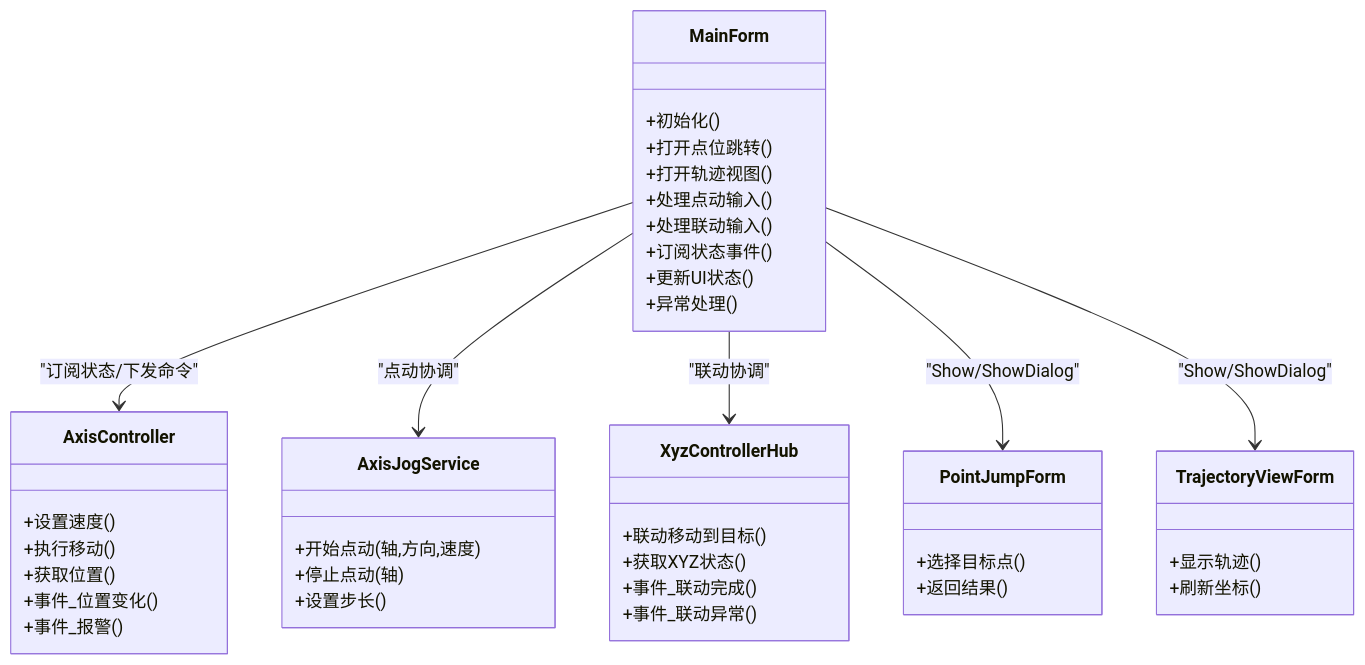
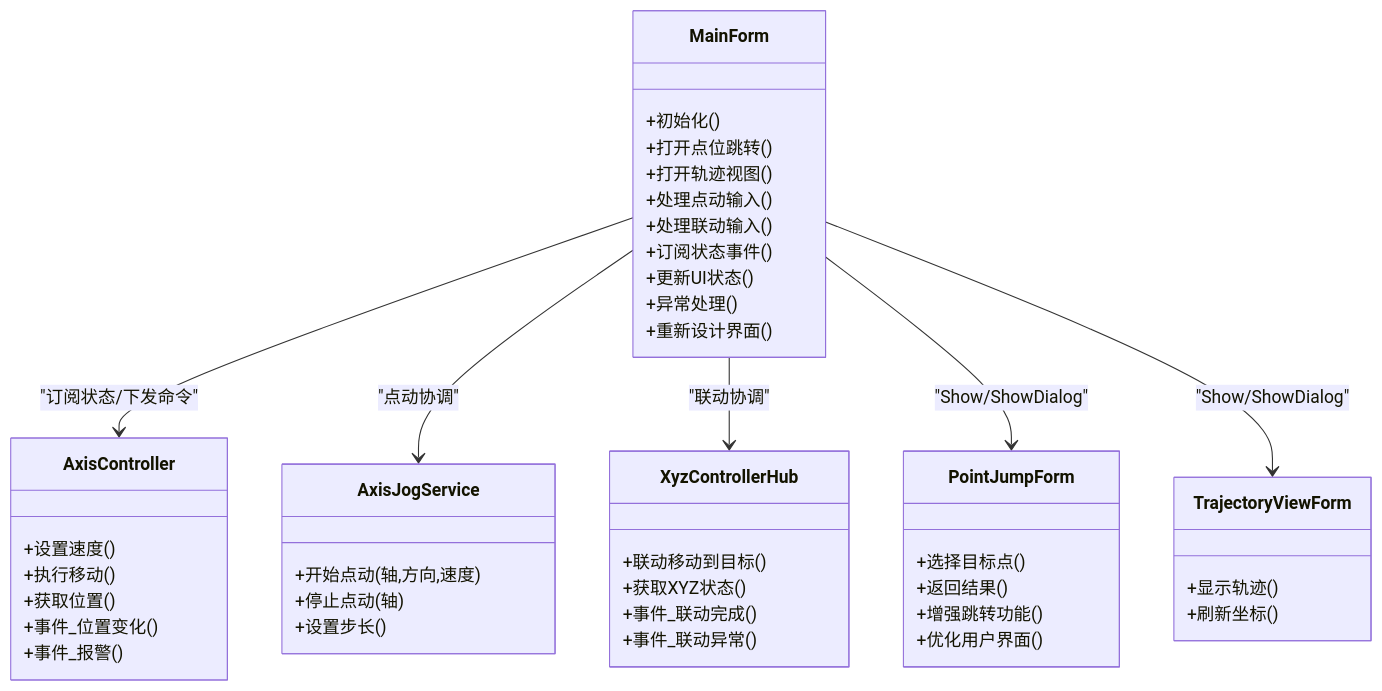
One commit to fuweiq94-cloud/3399180760 changed the third of 5 diagrams in .qoder/repowiki/zh/content/架构设计/主窗体协调器.md. Above: the diagram before and after it, drawn with Mermaid. The commit also changed other lines of this file and 22 other files, not shown here.

````diff
--- a/.qoder/repowiki/zh/content/架构设计/主窗体协调器.md
+++ b/.qoder/repowiki/zh/content/架构设计/主窗体协调器.md
@@ -195,44 +214,47 @@
 ```mermaid
 classDiagram
 class MainForm {
 +初始化()
 +打开点位跳转()
 +打开轨迹视图()
 +处理点动输入()
 +处理联动输入()
 +订阅状态事件()
 +更新UI状态()
 +异常处理()
++重新设计界面()
 }
 class AxisController {
 +设置速度()
 +执行移动()
 +获取位置()
 +事件_位置变化()
 +事件_报警()
 }
 class AxisJogService {
 +开始点动(轴,方向,速度)
 +停止点动(轴)
 +设置步长()
 }
 class XyzControllerHub {
 +联动移动到目标()
 +获取XYZ状态()
 +事件_联动完成()
 +事件_联动异常()
 }
 class PointJumpForm {
 +选择目标点()
 +返回结果()
++增强跳转功能()
++优化用户界面()
 }
 class TrajectoryViewForm {
 +显示轨迹()
 +刷新坐标()
 }
 MainForm --> AxisController : "订阅状态/下发命令"
 MainForm --> AxisJogService : "点动协调"
 MainForm --> XyzControllerHub : "联动协调"
 MainForm --> PointJumpForm : "Show/ShowDialog"
 MainForm --> TrajectoryViewForm : "Show/ShowDialog"
 ```
````
